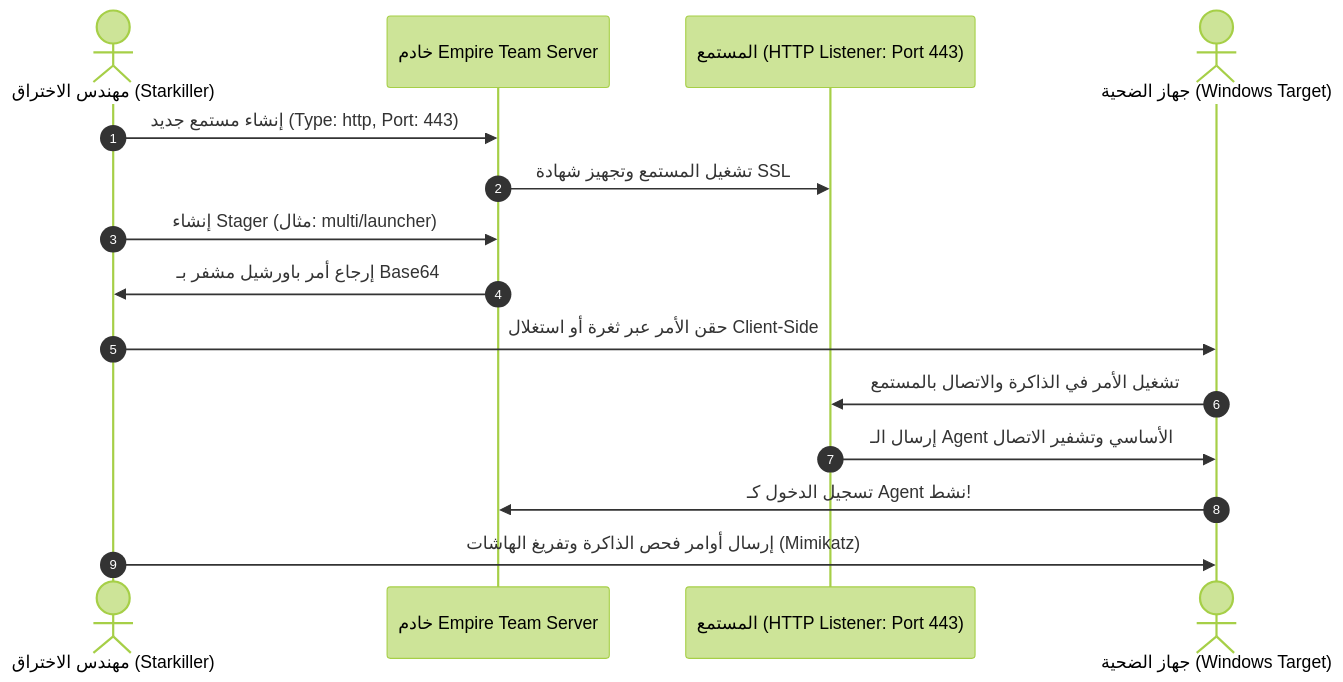
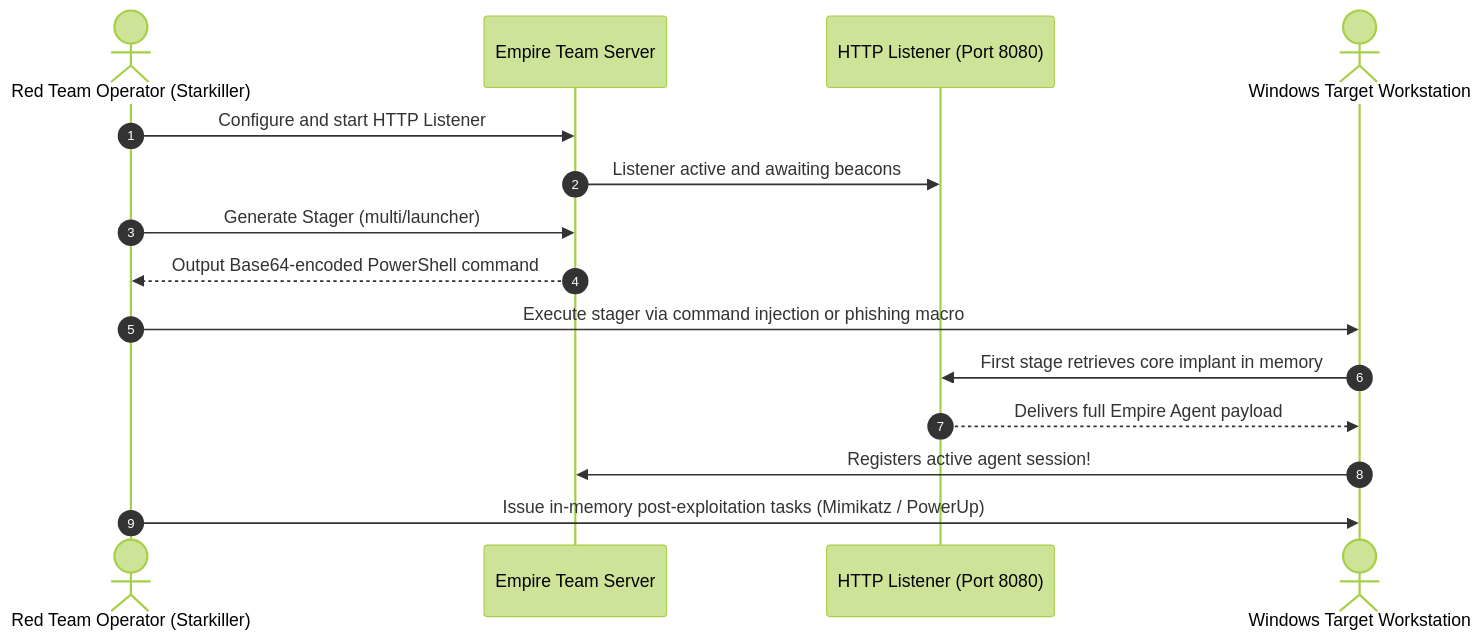
One commit to 3bdo-fathi/3bdo-fathi.github.io changed the second of 2 diagrams in _posts/2026-11-12-ecppt-v3-part-7-command-and-control-c2.md. Above: the diagram before and after it, drawn with Mermaid (forest theme). The commit also changed other lines of this file and 11 other files, not shown here.

````diff
--- a/_posts/2026-11-12-ecppt-v3-part-7-command-and-control-c2.md
+++ b/_posts/2026-11-12-ecppt-v3-part-7-command-and-control-c2.md
@@ -115,18 +119,18 @@
 ```mermaid
 sequenceDiagram
     autonumber
-    actor RedTeam as مهندس الاختراق (Starkiller)
-    participant Server as خادم Empire Team Server
-    participant Listener as المستمع (HTTP Listener: Port 443)
-    actor Victim as جهاز الضحية (Windows Target)
+    actor Operator as Red Team Operator (Starkiller)
+    participant Server as Empire Team Server
+    participant Listener as HTTP Listener (Port 8080)
+    actor Target as Windows Target Workstation
     
-    RedTeam->>Server: إنشاء مستمع جديد (Type: http, Port: 443)
-    Server->>Listener: تشغيل المستمع وتجهيز شهادة SSL
-    RedTeam->>Server: إنشاء Stager (مثال: multi/launcher)
-    Server->>RedTeam: إرجاع أمر باورشيل مشفر بـ Base64
-    RedTeam->>Victim: حقن الأمر عبر ثغرة أو استغلال Client-Side
-    Victim->>Listener: تشغيل الأمر في الذاكرة والاتصال بالمستمع
-    Listener->>Victim: إرسال الـ Agent الأساسي وتشفير الاتصال
-    Victim->>Server: تسجيل الدخول كـ Agent نشط!
-    RedTeam->>Victim: إرسال أوامر فحص الذاكرة وتفريغ الهاشات (Mimikatz)
+    Operator->>Server: Configure and start HTTP Listener
+    Server->>Listener: Listener active and awaiting beacons
+    Operator->>Server: Generate Stager (multi/launcher)
+    Server-->>Operator: Output Base64-encoded PowerShell command
+    Operator->>Target: Execute stager via command injection or phishing macro
+    Target->>Listener: First stage retrieves core implant in memory
+    Listener-->>Target: Delivers full Empire Agent payload
+    Target->>Server: Registers active agent session!
+    Operator->>Target: Issue in-memory post-exploitation tasks (Mimikatz / PowerUp)
 ```
````
